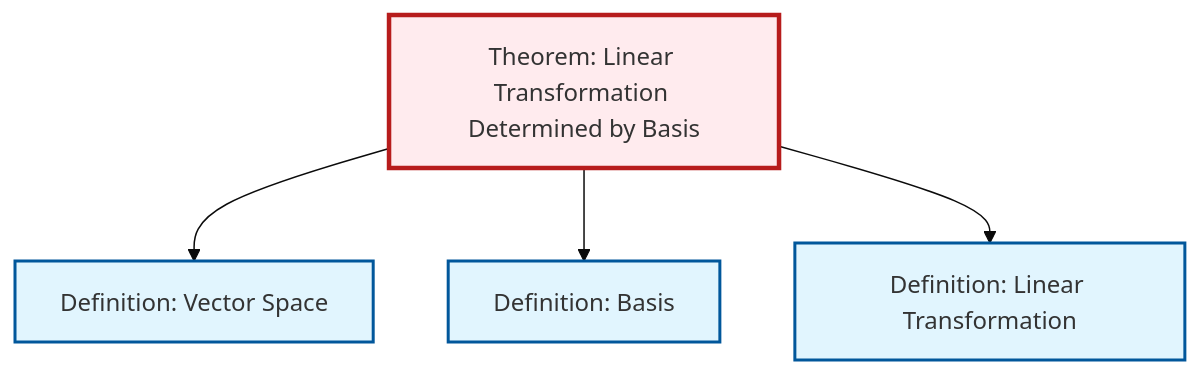
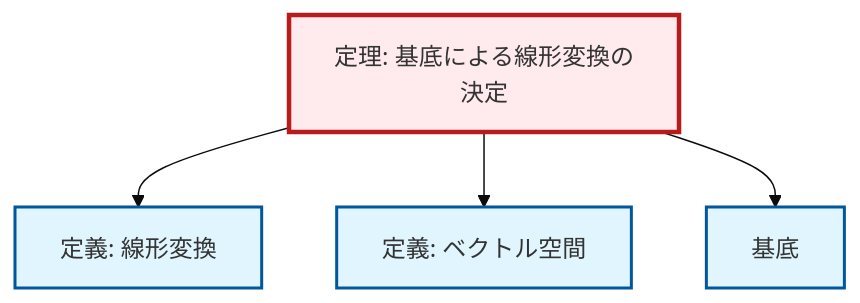
Before and after one commit to RK0429/ModernMath: the diagram in content/ja/algebra/thm-linear-transformation-basis.qmd, drawn with Mermaid (base theme). The commit also changed 1069 other files, not shown here.

````diff
--- a/content/ja/algebra/thm-linear-transformation-basis.qmd
+++ b/content/ja/algebra/thm-linear-transformation-basis.qmd
@@ -48,20 +48,20 @@
 ```{mermaid}
 %%| fig-cap: "Local dependency graph"
 graph TD
     classDef definition fill:#e1f5fe,stroke:#01579b,stroke-width:2px
     classDef theorem fill:#f3e5f5,stroke:#4a148c,stroke-width:2px
     classDef axiom fill:#fff3e0,stroke:#e65100,stroke-width:2px
     classDef example fill:#e8f5e9,stroke:#1b5e20,stroke-width:2px
     classDef current fill:#ffebee,stroke:#b71c1c,stroke-width:3px
-    def-basis["Definition: Basis"]:::definition
-    def-linear-transformation["Definition: Linear Transformation"]:::definition
-    thm-linear-transformation-basis["Theorem: Linear Transformation Determined by Basis"]:::theorem
-    def-vector-space["Definition: Vector Space"]:::definition
+    def-basis["基底"]:::definition
+    def-linear-transformation["定義: 線形変換"]:::definition
+    thm-linear-transformation-basis["定理: 基底による線形変換の決定"]:::theorem
+    def-vector-space["定義: ベクトル空間"]:::definition
+    thm-linear-transformation-basis --> def-linear-transformation
     thm-linear-transformation-basis --> def-vector-space
     thm-linear-transformation-basis --> def-basis
-    thm-linear-transformation-basis --> def-linear-transformation
     class thm-linear-transformation-basis current
-    click def-basis "def-basis.html" "Definition: Basisへ"
-    click def-linear-transformation "def-linear-transformation.html" "Definition: Linear Transformationへ"
-    click def-vector-space "def-vector-space.html" "Definition: Vector Spaceへ"
+    click def-basis "def-basis.html" "基底へ"
+    click def-linear-transformation "def-linear-transformation.html" "線形変換の定義へ"
+    click def-vector-space "def-vector-space.html" "ベクトル空間の定義へ"
 ```
````
